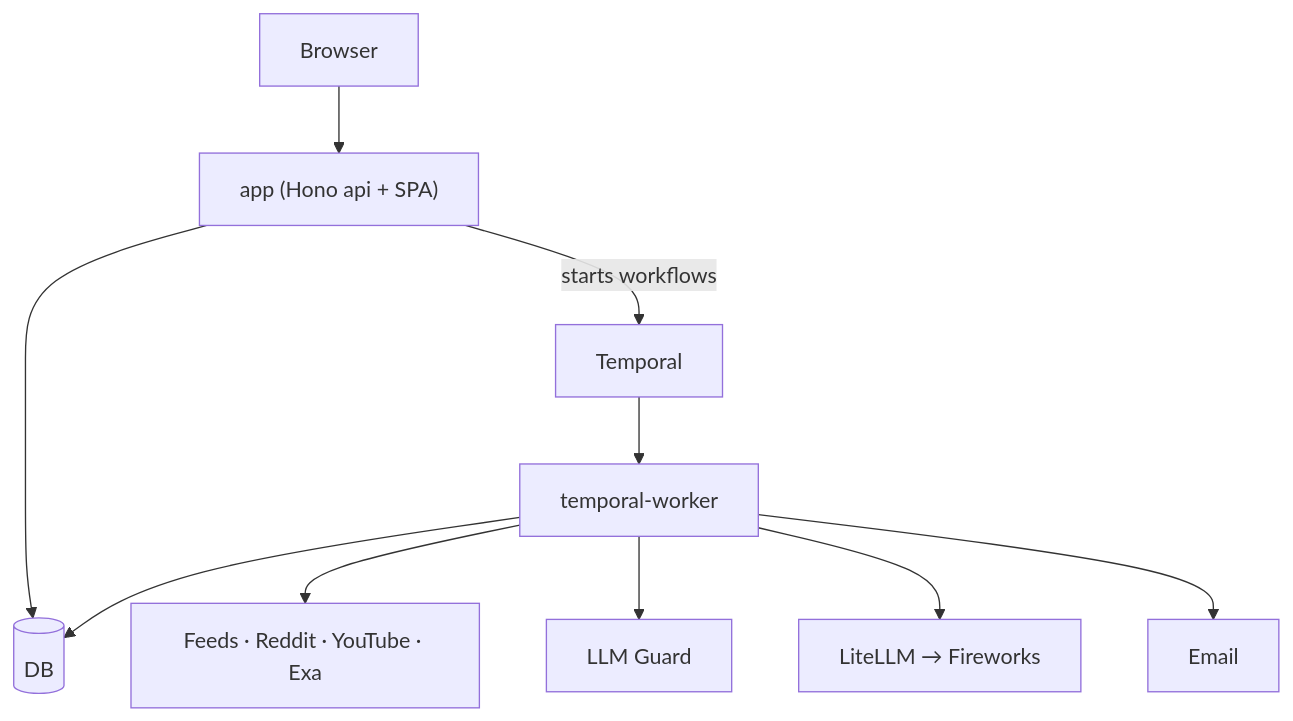
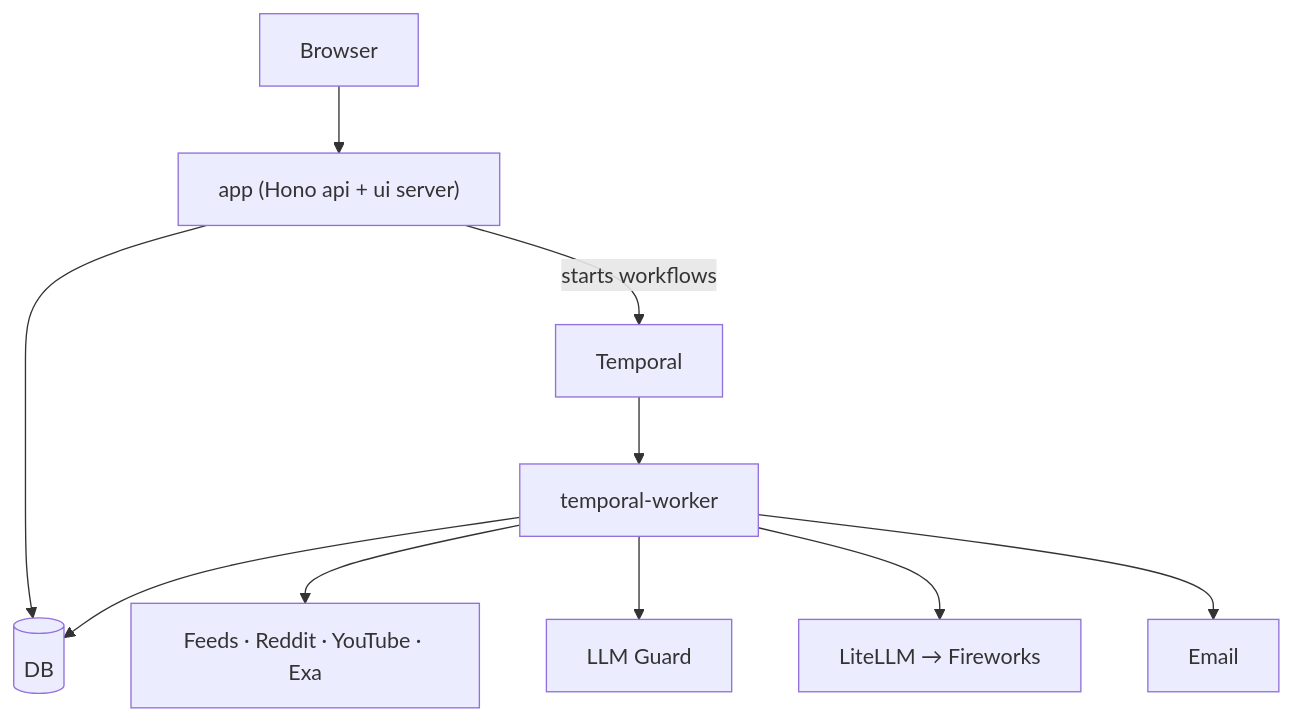
The first of 4 diagrams in README.md (doubleoevan/carlnotes), drawn with Mermaid before and after one commit. The commit also changed other lines of this file and 215 other files, not shown here.

````diff
--- a/README.md
+++ b/README.md
@@ -33,12 +33,12 @@
 ```mermaid
 flowchart
-    Browser --> App["app (Hono api + SPA)"]
+    Browser --> App["app (Hono api + ui server)"]
     App --> Postgres[(DB)]
     App -->|starts workflows| Temporal
     Temporal --> Worker[temporal-worker]
     Worker --> Sources[Feeds · Reddit · YouTube · Exa]
     Worker --> Guard[LLM Guard]
     Worker --> LiteLLM[LiteLLM → Fireworks]
     Worker --> Postgres
     Worker --> Resend[Email]
 ```
````
